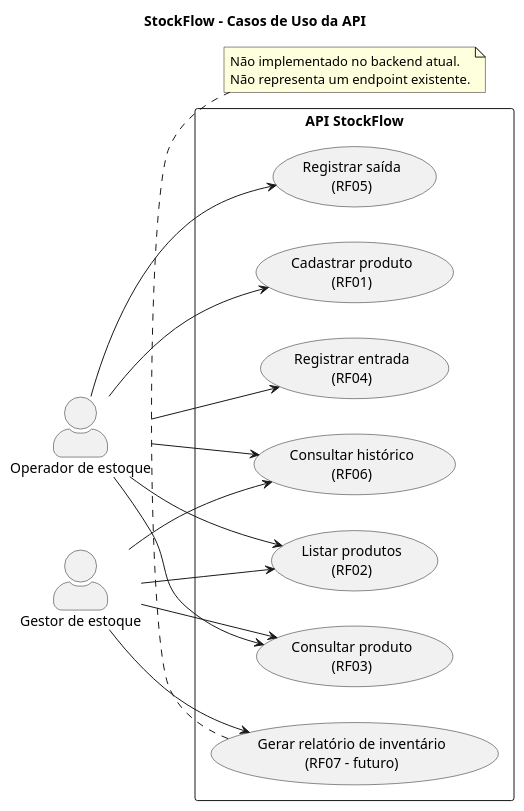
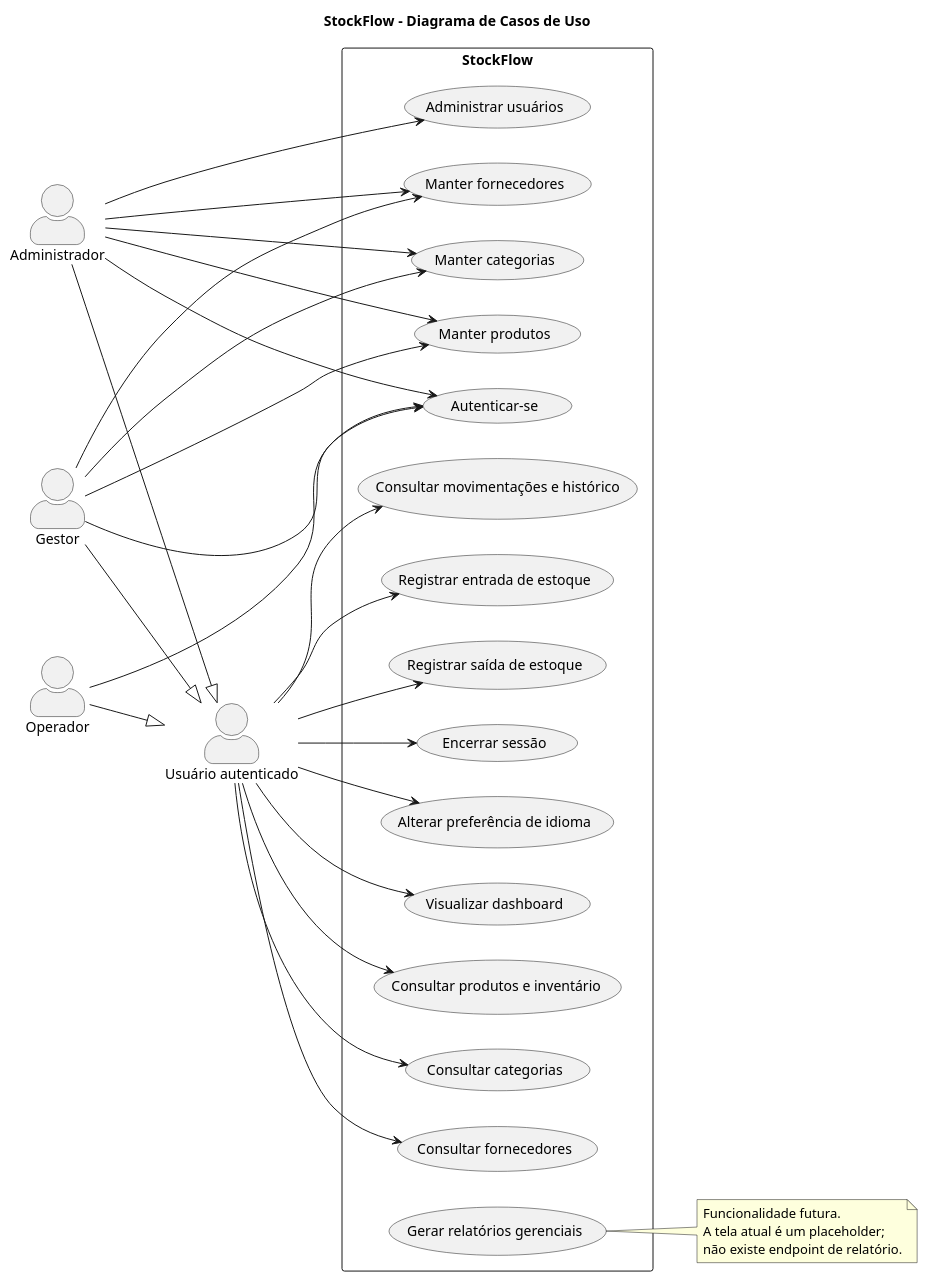
The diagram in docs/modelagem/casos-de-uso.puml (Gabriel-c-l/stockflow), drawn with PlantUML before and after one commit. The commit also changed 23 other files, not shown here.

```diff
--- a/docs/modelagem/casos-de-uso.puml
+++ b/docs/modelagem/casos-de-uso.puml
@@ -1,38 +1,63 @@
 @startuml
 left to right direction
 skinparam actorStyle awesome
 skinparam packageStyle rectangle
 
-title StockFlow - Casos de Uso da API
+title StockFlow - Diagrama de Casos de Uso
 
-actor "Operador de estoque" as Operator
-actor "Gestor de estoque" as Manager
+actor "Usuário autenticado" as User
+actor "Administrador" as Admin
+actor "Gestor" as Manager
+actor "Operador" as Operator
 
-rectangle "API StockFlow" {
-  usecase "Cadastrar produto\n(RF01)" as UC01
-  usecase "Listar produtos\n(RF02)" as UC02
-  usecase "Consultar produto\n(RF03)" as UC03
-  usecase "Registrar entrada\n(RF04)" as UC04
-  usecase "Registrar saída\n(RF05)" as UC05
-  usecase "Consultar histórico\n(RF06)" as UC06
-  usecase "Gerar relatório de inventário\n(RF07 - futuro)" as UC07
+Admin --|> User
+Manager --|> User
+Operator --|> User
+
+rectangle "StockFlow" {
+  usecase "Autenticar-se" as UCLogin
+  usecase "Encerrar sessão" as UCLogout
+  usecase "Alterar preferência de idioma" as UCLanguage
+  usecase "Visualizar dashboard" as UCDashboard
+  usecase "Consultar produtos e inventário" as UCProducts
+  usecase "Consultar categorias" as UCCategories
+  usecase "Consultar fornecedores" as UCSuppliers
+  usecase "Consultar movimentações e histórico" as UCHistory
+  usecase "Registrar entrada de estoque" as UCEntry
+  usecase "Registrar saída de estoque" as UCExit
+  usecase "Manter produtos" as UCManageProducts
+  usecase "Manter categorias" as UCManageCategories
+  usecase "Manter fornecedores" as UCManageSuppliers
+  usecase "Administrar usuários" as UCUsers
+  usecase "Gerar relatórios gerenciais" as UCReports
 }
 
-Operator --> UC01
-Operator --> UC02
-Operator --> UC03
-Operator --> UC04
-Operator --> UC05
-Operator --> UC06
+User --> UCLogout
+User --> UCLanguage
+User --> UCDashboard
+User --> UCProducts
+User --> UCCategories
+User --> UCSuppliers
+User --> UCHistory
+User --> UCEntry
+User --> UCExit
 
-Manager --> UC02
-Manager --> UC03
-Manager --> UC06
-Manager --> UC07
+Admin --> UCLogin
+Manager --> UCLogin
+Operator --> UCLogin
 
-note bottom of UC07
-  Não implementado no backend atual.
-  Não representa um endpoint existente.
+Admin --> UCManageProducts
+Admin --> UCManageCategories
+Admin --> UCManageSuppliers
+Admin --> UCUsers
+Manager --> UCManageProducts
+Manager --> UCManageCategories
+Manager --> UCManageSuppliers
+
+note right of UCReports
+  Funcionalidade futura.
+  A tela atual é um placeholder;
+  não existe endpoint de relatório.
 end note
 
 @enduml
```
